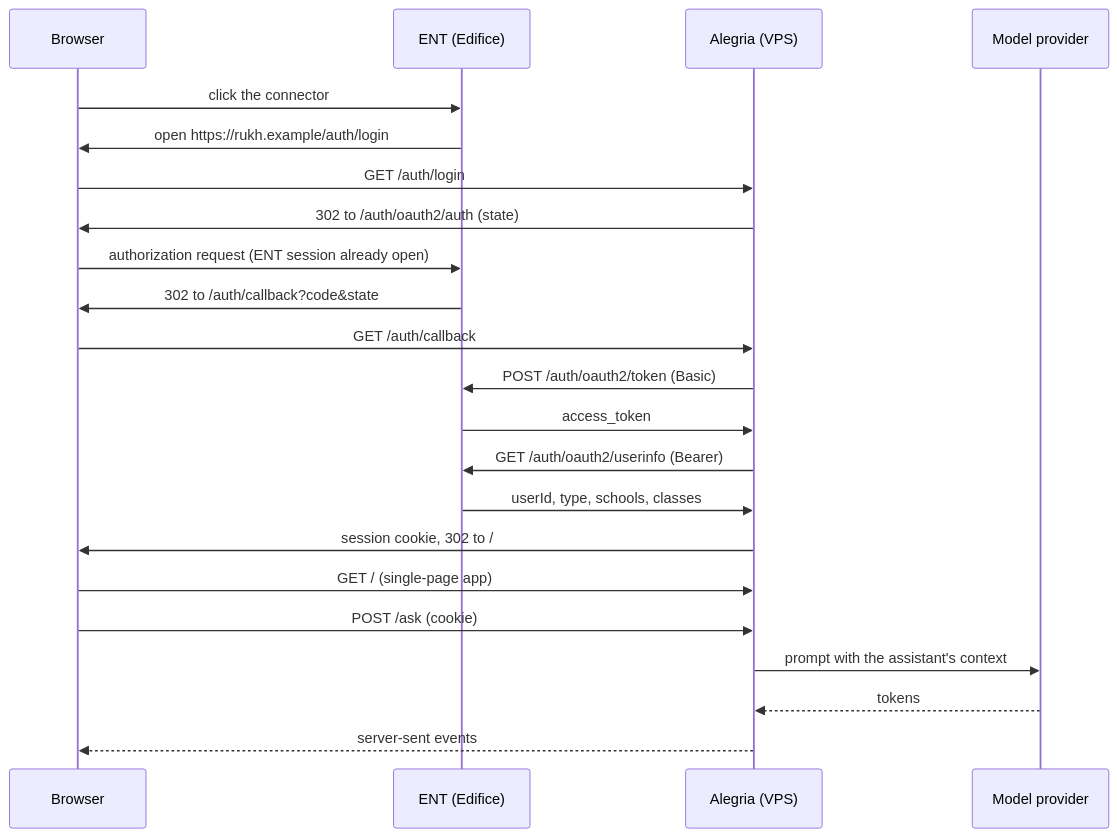
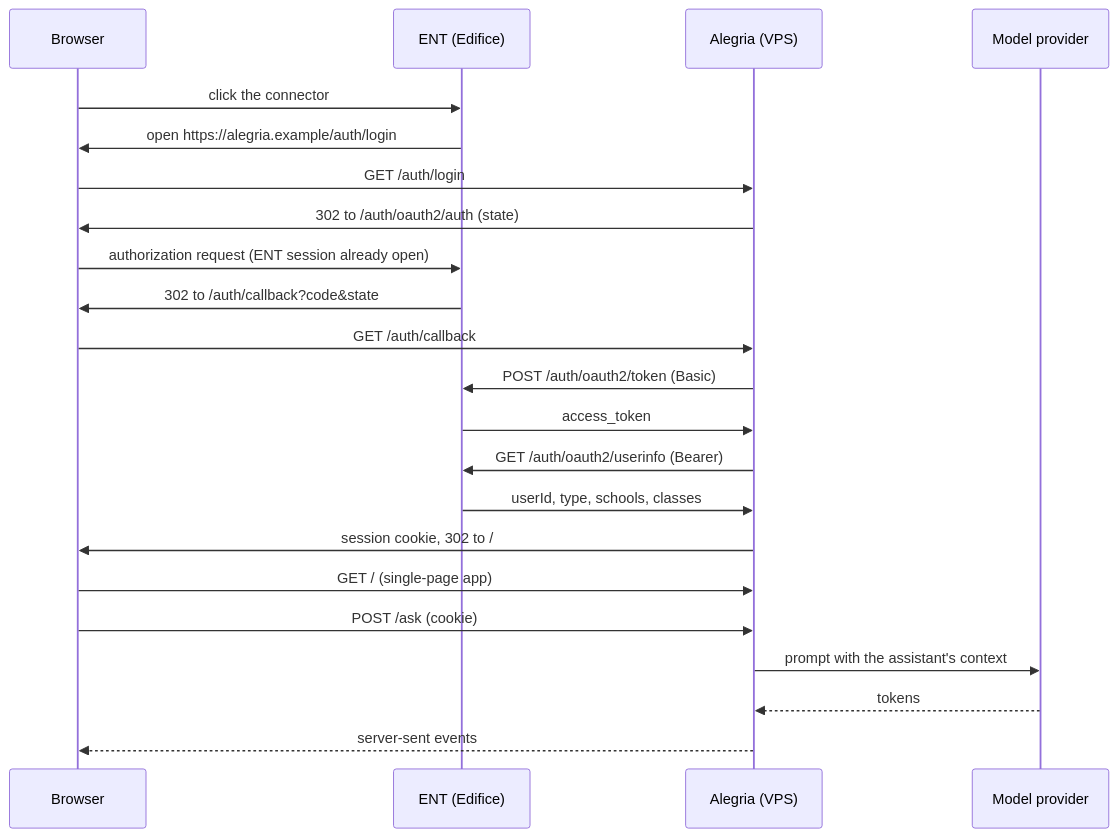
The diagram in .claude/spec.md (julienbrg/alegria), drawn with Mermaid before and after one commit. The commit also changed other lines of this file and 4 other files, not shown here.

Commit message:
rename rukh to alegria in docs and changelog

````diff
--- a/.claude/spec.md
+++ b/.claude/spec.md
@@ -68,25 +68,25 @@
 ```mermaid
 sequenceDiagram
     participant B as Browser
     participant E as ENT (Edifice)
     participant R as Alegria (VPS)
     participant L as Model provider
 
     B->>E: click the connector
-    E->>B: open https://rukh.example/auth/login
+    E->>B: open https://alegria.example/auth/login
     B->>R: GET /auth/login
     R->>B: 302 to /auth/oauth2/auth (state)
     B->>E: authorization request (ENT session already open)
     E->>B: 302 to /auth/callback?code&state
     B->>R: GET /auth/callback
     R->>E: POST /auth/oauth2/token (Basic)
     E->>R: access_token
     R->>E: GET /auth/oauth2/userinfo (Bearer)
     E->>R: userId, type, schools, classes
     R->>B: session cookie, 302 to /
     B->>R: GET / (single-page app)
     B->>R: POST /ask (cookie)
     R->>L: prompt with the assistant's context
     L-->>R: tokens
     R-->>B: server-sent events
 ```
````
